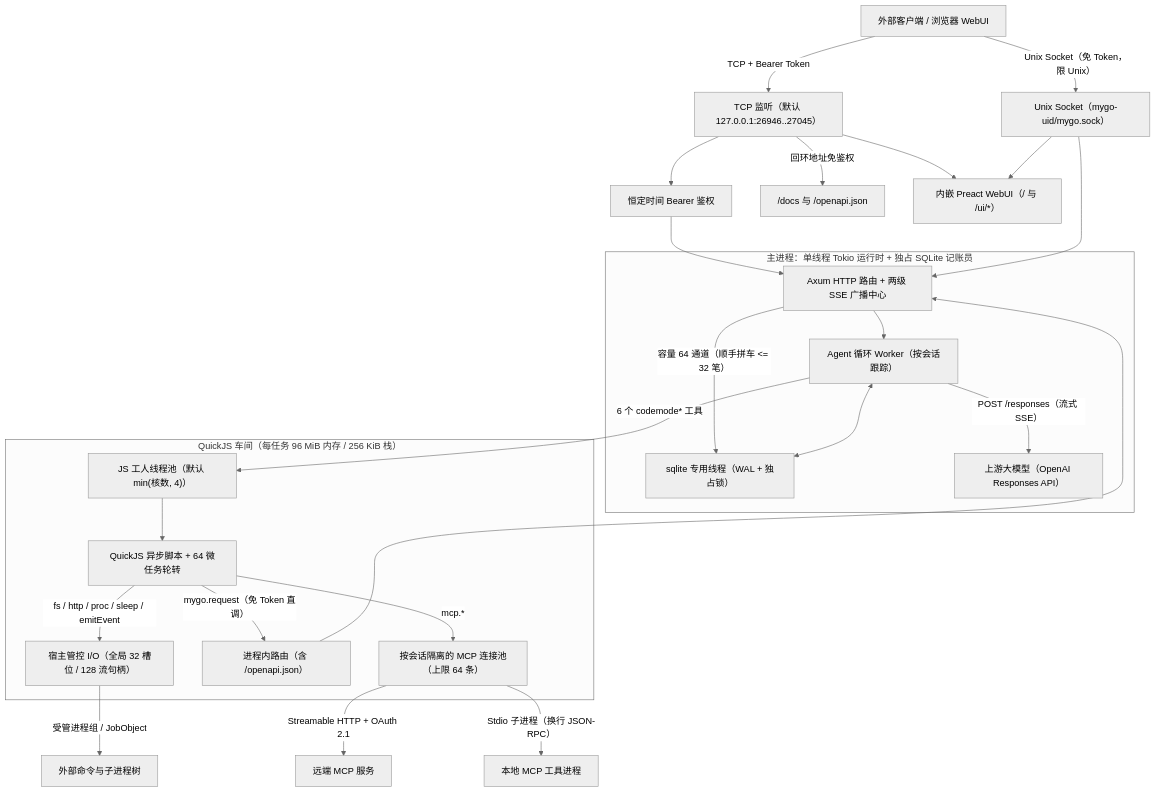
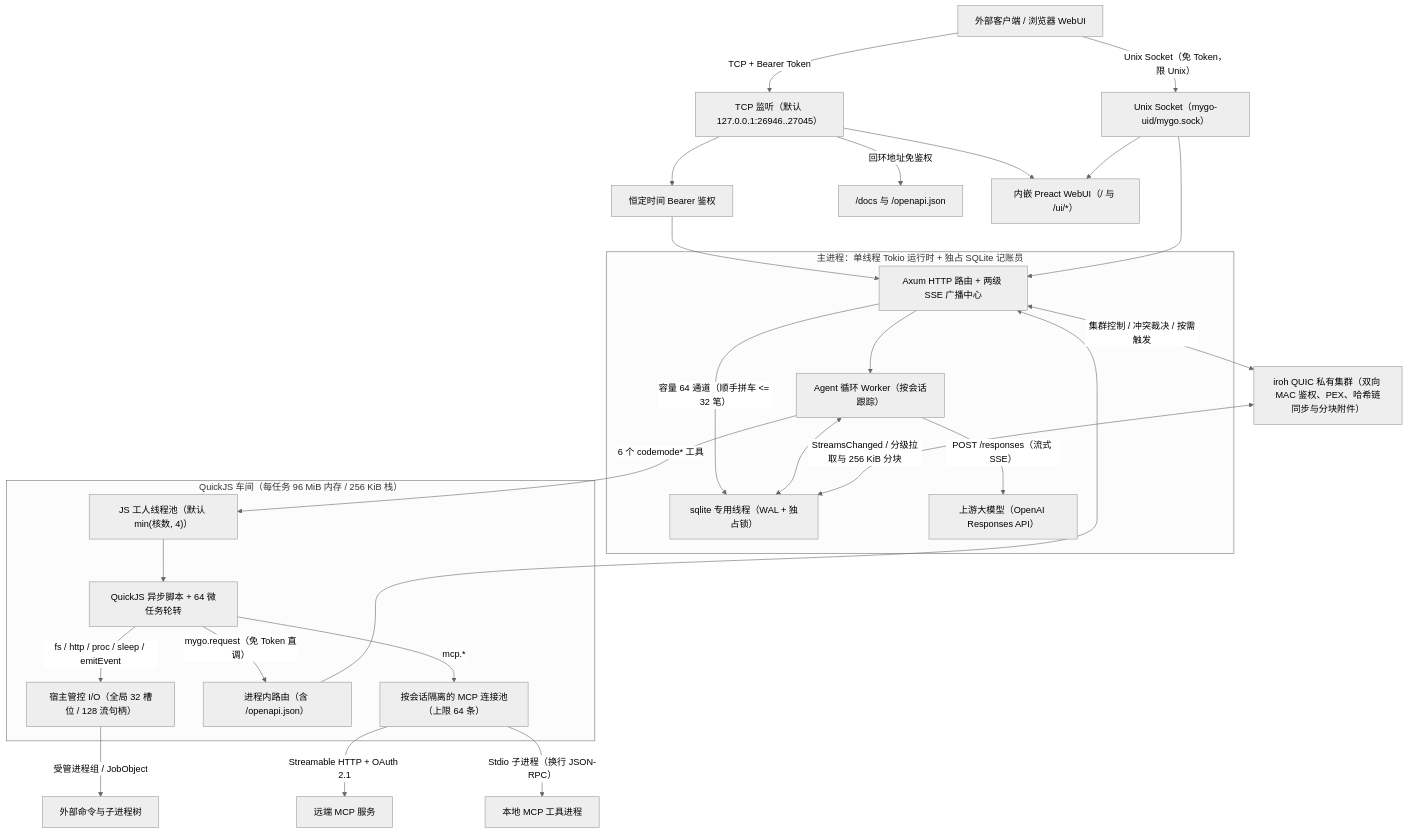
The diagram in how-it-work/README.md (faithleysath/mygo-bot), drawn with Mermaid (neutral theme) before and after one commit. The commit also changed other lines of this file and 8 other files, not shown here.

````diff
--- a/how-it-work/README.md
+++ b/how-it-work/README.md
@@ -15,34 +15,37 @@
 ```mermaid
 flowchart TB
     Client["外部客户端 / 浏览器 WebUI"] -->|TCP + Bearer Token| TcpRouter["TCP 监听（默认 127.0.0.1:26946..27045）"]
     Client -->|"Unix Socket（免 Token，限 Unix）"| UnixRouter["Unix Socket（mygo-uid/mygo.sock）"]
 
     TcpRouter --> Auth["恒定时间 Bearer 鉴权"]
     TcpRouter -->|回环地址免鉴权| Docs["/docs 与 /openapi.json"]
     TcpRouter --> WebUI["内嵌 Preact WebUI（/ 与 /ui/*）"]
     UnixRouter --> WebUI
 
     Auth --> ApiLayer["Axum HTTP 路由 + 两级 SSE 广播中心"]
     UnixRouter --> ApiLayer
 
     subgraph Runtime["主进程：单线程 Tokio 运行时 + 独占 SQLite 记账员"]
         ApiLayer -->|"容量 64 通道（顺手拼车 <= 32 笔）"| Sqlite["sqlite 专用线程（WAL + 独占锁）"]
         ApiLayer --> Agent["Agent 循环 Worker（按会话跟踪）"]
         Agent <--> Sqlite
         Agent -->|"POST /responses（流式 SSE）"| Upstream["上游大模型（OpenAI Responses API）"]
     end
 
+    ApiLayer <-->|"集群控制 / 冲突裁决 / 按需触发"| Cluster["iroh QUIC 私有集群（双向 MAC 鉴权、PEX、哈希链同步与分块附件）"]
+    Cluster <-->|"StreamsChanged / 分级拉取与 256 KiB 分块"| Sqlite
+
     Agent -->|"6 个 codemode* 工具"| Pool["JS 工人线程池（默认 min(核数, 4)）"]
 
     subgraph Sandbox["QuickJS 车间（每任务 96 MiB 内存 / 256 KiB 栈）"]
         Pool --> VM["QuickJS 异步脚本 + 64 微任务轮转"]
         VM -->|"fs / http / proc / sleep / emitEvent"| HostIO["宿主管控 I/O（全局 32 槽位 / 128 流句柄）"]
         VM -->|"mygo.request（免 Token 直调）"| InternalApi["进程内路由（含 /openapi.json）"]
         VM -->|"mcp.*"| McpPool["按会话隔离的 MCP 连接池（上限 64 条）"]
     end
 
     HostIO -->|受管进程组 / JobObject| ChildProc["外部命令与子进程树"]
     McpPool -->|"Streamable HTTP + OAuth 2.1"| RemoteMcp["远端 MCP 服务"]
     McpPool -->|"Stdio 子进程（换行 JSON-RPC）"| LocalMcp["本地 MCP 工具进程"]
     InternalApi --> ApiLayer
 ```
````
